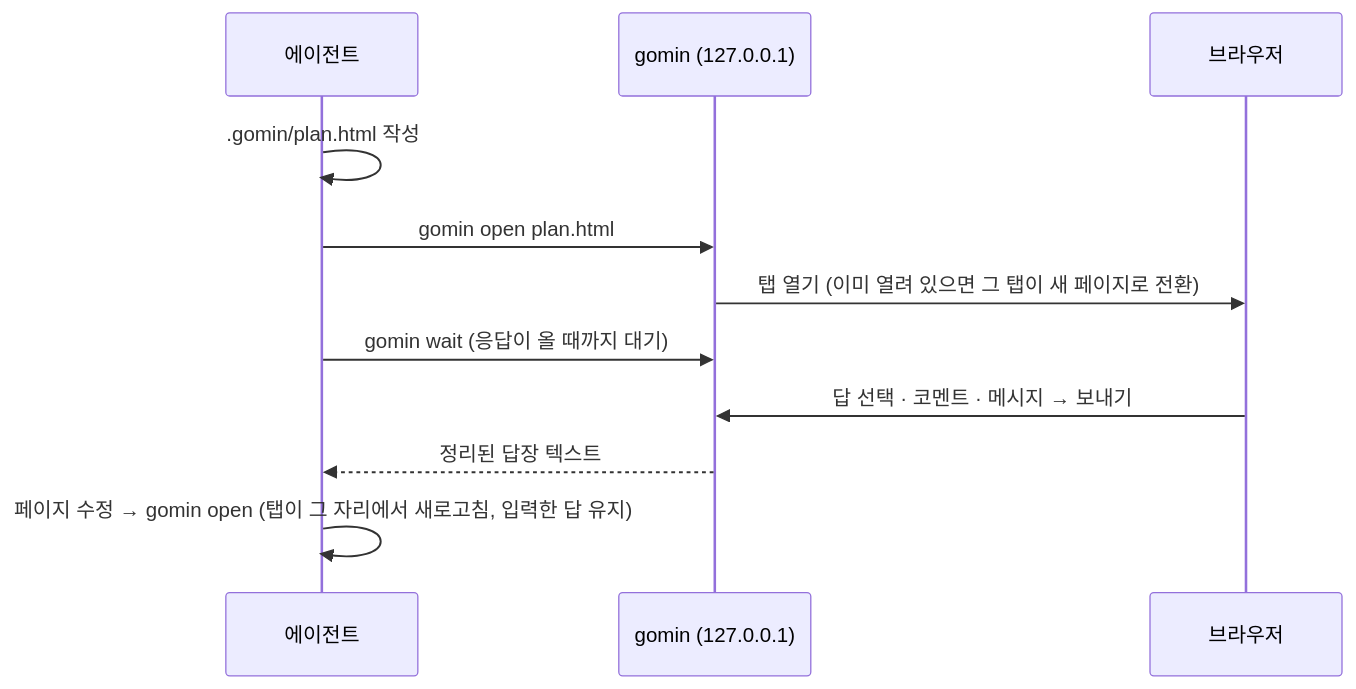
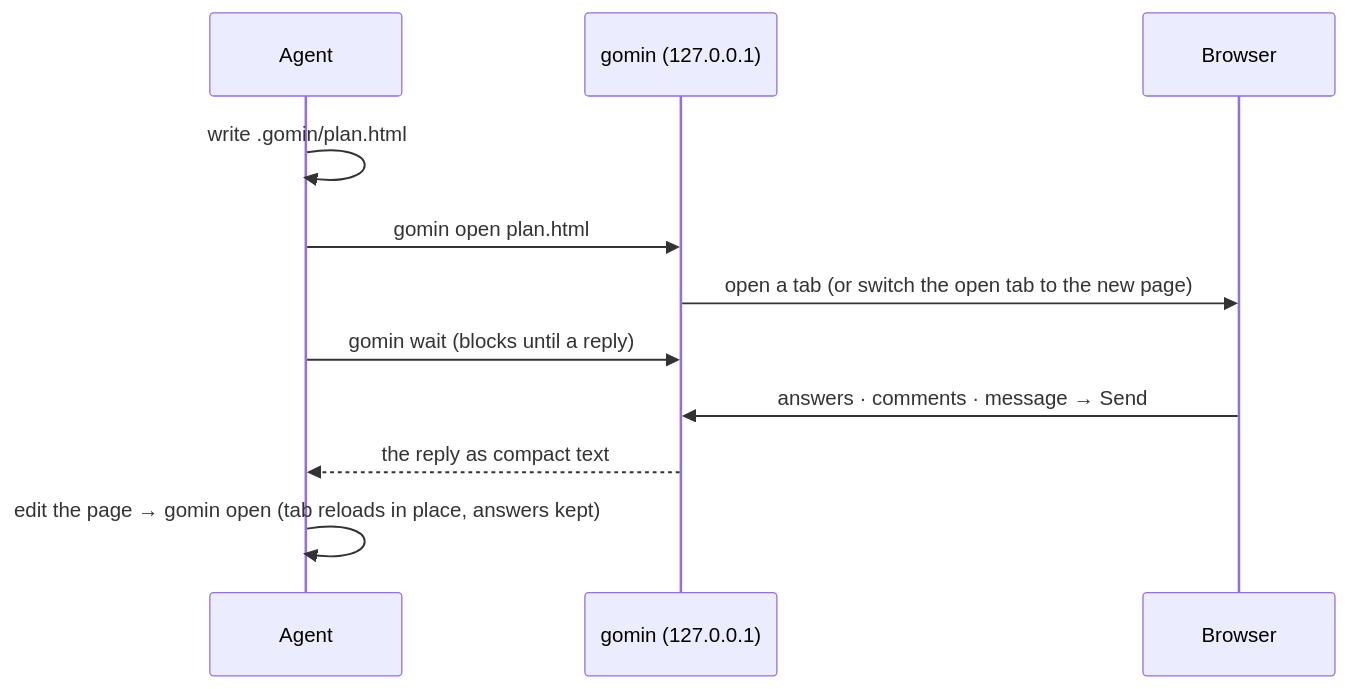
The diagram in README.md (shlee8405/gomin), drawn with Mermaid before and after one commit. The commit also changed other lines of this file and 3 other files, not shown here.

````diff
--- a/README.md
+++ b/README.md
@@ -102,13 +101,13 @@
 ```mermaid
 sequenceDiagram
-    participant A as 에이전트
+    participant A as Agent
     participant G as gomin (127.0.0.1)
-    participant U as 브라우저
-    A->>A: .gomin/plan.html 작성
+    participant U as Browser
+    A->>A: write .gomin/plan.html
     A->>G: gomin open plan.html
-    G->>U: 탭 열기 (이미 열려 있으면 그 탭이 새 페이지로 전환)
-    A->>G: gomin wait (응답이 올 때까지 대기)
-    U->>G: 답 선택 · 코멘트 · 메시지 → 보내기
-    G-->>A: 정리된 답장 텍스트
-    A->>A: 페이지 수정 → gomin open (탭이 그 자리에서 새로고침, 입력한 답 유지)
+    G->>U: open a tab (or switch the open tab to the new page)
+    A->>G: gomin wait (blocks until a reply)
+    U->>G: answers · comments · message → Send
+    G-->>A: the reply as compact text
+    A->>A: edit the page → gomin open (tab reloads in place, answers kept)
 ```
````
